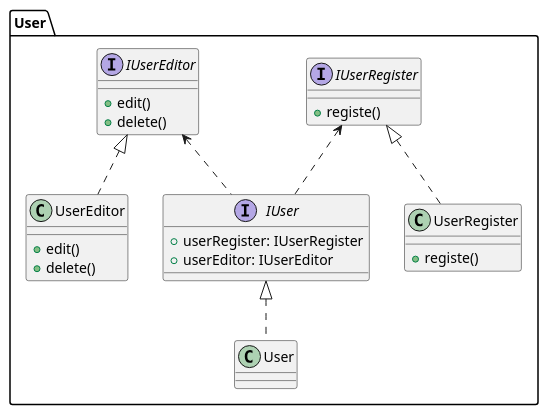
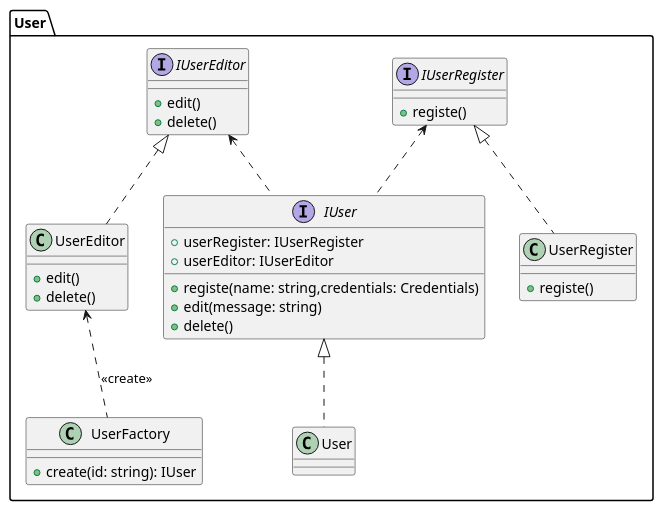
The diagram in documents/plantUML/クラス図/サーバー/クラス図User.wsd (TOnodera/chatterman), drawn with PlantUML before and after one commit.

Commit message:
クラス図修正

```diff
--- a/documents/plantUML/クラス図/サーバー/クラス図User.wsd
+++ b/documents/plantUML/クラス図/サーバー/クラス図User.wsd
@@ -1,38 +1,46 @@
 @startuml
 
 package User{
 
     interface IUser{
         +userRegister: IUserRegister
         +userEditor: IUserEditor
+        +registe(name: string,credentials: Credentials)
+        +edit(message: string)
+        +delete()
     }
 
     interface IUserRegister{
         +registe()
     }
 
     interface IUserEditor{
         +edit()
         +delete()
     }
 
     class UserRegister{
         +registe()
     }
 
     class UserEditor{
         +edit()
         +delete()
     }
 
+    class UserFactory{
+        +create(id: string): IUser
+    }
+
     class User
 
     IUserEditor <|.. UserEditor
     IUserRegister <|.. UserRegister
     IUserRegister <.. IUser
     IUserEditor <.. IUser
     IUser <|.. User
+    UserEditor <.. UserFactory: <<create>>
 
 }
 
 @enduml
```
